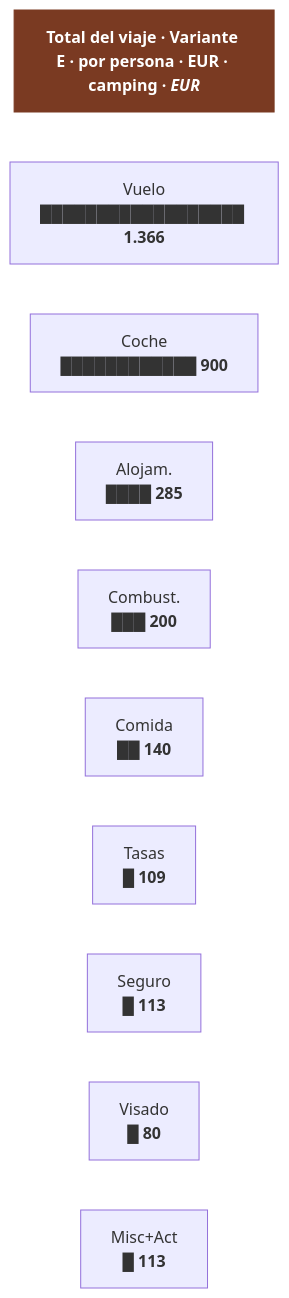
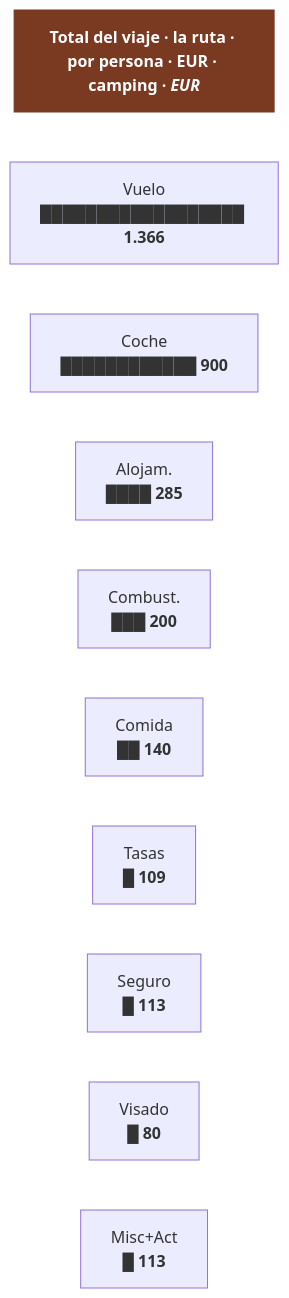
The third of 5 diagrams in 02-presupuesto.md (morandeirachema/namibia), drawn with Mermaid before and after one commit. The commit also changed other lines of this file and 15 other files, not shown here.

Commit message:
Dejar en el dossier solo la ruta elegida: fuera las variantes descartadas, el sur y el canon del Fish River

````diff
--- a/02-presupuesto.md
+++ b/02-presupuesto.md
@@ -251,23 +251,23 @@
 ```mermaid
 flowchart TD
-    T["<b>Total del viaje · Variante E · por persona · EUR · camping · <i>EUR</i></b>"]
+    T["<b>Total del viaje · la ruta · por persona · EUR · camping · <i>EUR</i></b>"]
     n0["Vuelo<br/>██████████████████ <b>1.366</b>"]
     n1["Coche<br/>████████████ <b>900</b>"]
     n2["Alojam.<br/>████ <b>285</b>"]
     n3["Combust.<br/>███ <b>200</b>"]
     n4["Comida<br/>██ <b>140</b>"]
     n5["Tasas<br/>█ <b>109</b>"]
     n6["Seguro<br/>█ <b>113</b>"]
     n7["Visado<br/>█ <b>80</b>"]
     n8["Misc+Act<br/>█ <b>113</b>"]
     T ~~~ n0
     n0 ~~~ n1
     n1 ~~~ n2
     n2 ~~~ n3
     n3 ~~~ n4
     n4 ~~~ n5
     n5 ~~~ n6
     n6 ~~~ n7
     n7 ~~~ n8
     style T fill:#7a3a22,color:#fff,stroke:#7a3a22
 ```
````
